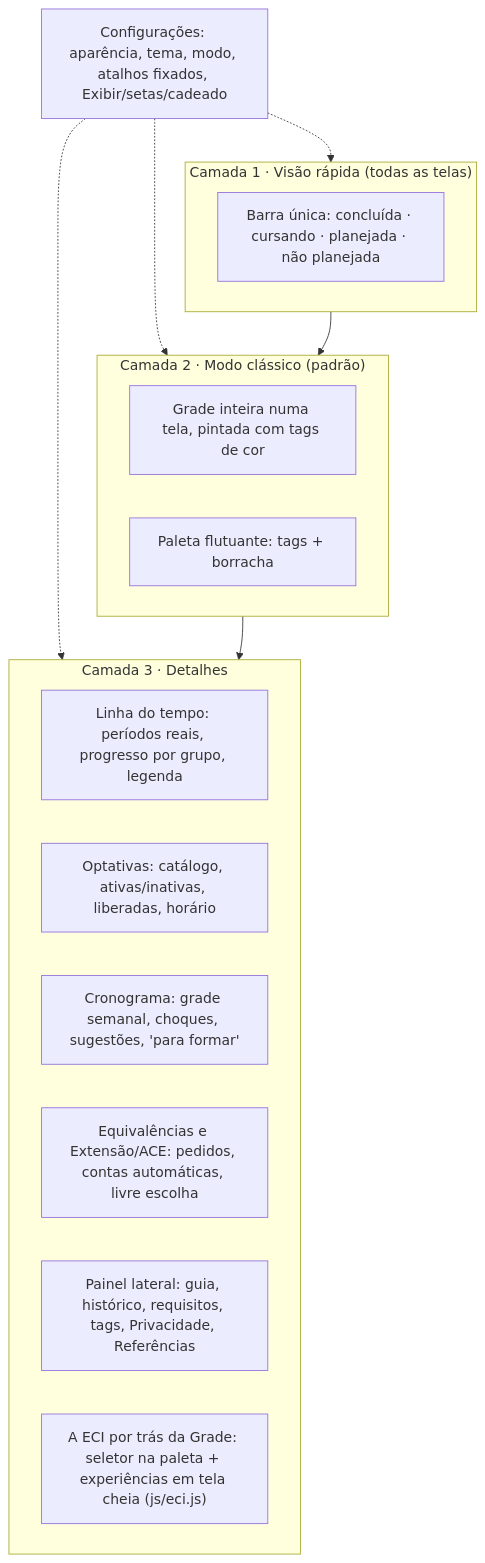
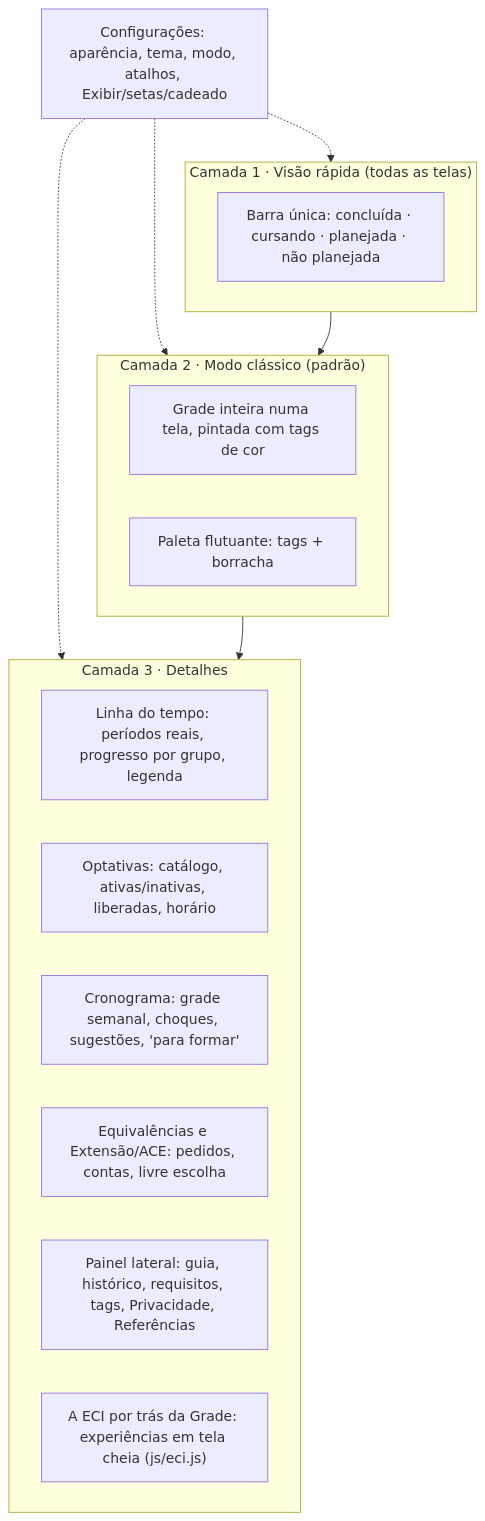
The fourth of 7 diagrams in docs/ARQUITETURA.md (JoaoAndrade01/grade), drawn with Mermaid before and after one commit. The commit also changed other lines of this file, not shown here.

````diff
--- a/docs/ARQUITETURA.md
+++ b/docs/ARQUITETURA.md
@@ -103,21 +129,21 @@
 ```mermaid
 flowchart TB
-  subgraph C1["Camada 1 · Visão rápida (todas as telas)"]
+  subgraph CAM1["Camada 1 · Visão rápida (todas as telas)"]
     BARRA["Barra única: concluída · cursando · planejada · não planejada"]
   end
-  subgraph C2["Camada 2 · Modo clássico (padrão)"]
+  subgraph CAM2["Camada 2 · Modo clássico (padrão)"]
     GRADE["Grade inteira numa tela, pintada com tags de cor"]
     FERR["Paleta flutuante: tags + borracha"]
   end
-  subgraph C3["Camada 3 · Detalhes"]
+  subgraph CAM3["Camada 3 · Detalhes"]
     TL["Linha do tempo: períodos reais, progresso por grupo, legenda"]
     OP["Optativas: catálogo, ativas/inativas, liberadas, horário"]
     CR["Cronograma: grade semanal, choques, sugestões, 'para formar'"]
-    EQ["Equivalências e Extensão/ACE: pedidos, contas automáticas, livre escolha"]
+    EQ["Equivalências e Extensão/ACE: pedidos, contas, livre escolha"]
     DET["Painel lateral: guia, histórico, requisitos, tags, Privacidade, Referências"]
-    ECI["A ECI por trás da Grade: seletor na paleta + experiências em tela cheia (js/eci.js)"]
+    ECI["A ECI por trás da Grade: experiências em tela cheia (js/eci.js)"]
   end
-  CFG["Configurações: aparência, tema, modo, atalhos fixados, Exibir/setas/cadeado"]
-  CFG -.-> C1 & C2 & C3
-  C1 --> C2 --> C3
+  CFG["Configurações: aparência, tema, modo, atalhos, Exibir/setas/cadeado"]
+  CFG -.-> CAM1 & CAM2 & CAM3
+  CAM1 --> CAM2 --> CAM3
 ```
````
